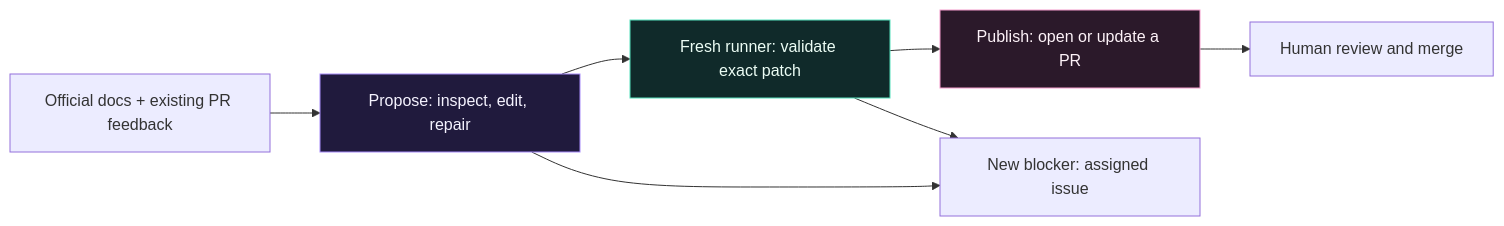
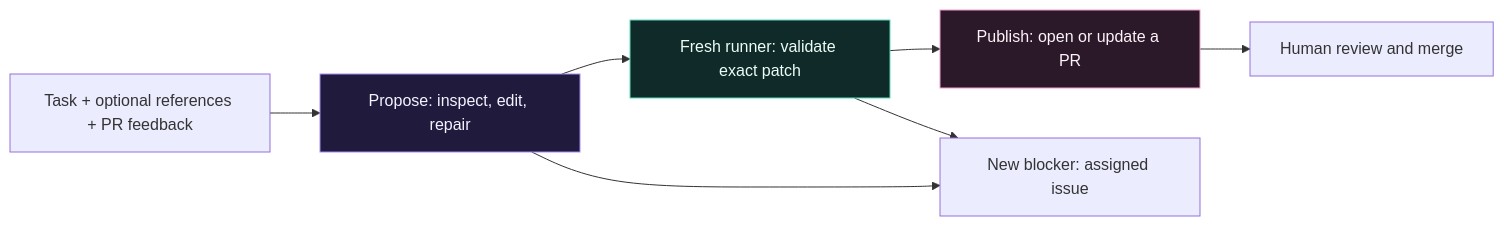
One commit to djsydney04/repo_maintainer changed the diagram in docs/architecture.md. Above: the diagram before and after it, drawn with Mermaid. The commit also changed other lines of this file and 37 other files, not shown here.

````diff
--- a/docs/architecture.md
+++ b/docs/architecture.md
@@ -12,12 +13,12 @@
 ```mermaid
 flowchart LR
-    A["Official docs + existing PR feedback"] --> B["Propose: inspect, edit, repair"]
+    A["Task + optional references + PR feedback"] --> B["Propose: inspect, edit, repair"]
     B --> C["Fresh runner: validate exact patch"]
     C --> D["Publish: open or update a PR"]
     B --> E["New blocker: assigned issue"]
     C --> E
     D --> F["Human review and merge"]
     style B fill:#201a3d,stroke:#a78bfa,color:#f5f3ff
     style C fill:#102a2a,stroke:#54dfbb,color:#ecfdf5
     style D fill:#2b192a,stroke:#f49bcb,color:#fdf2f8
 ```
````
